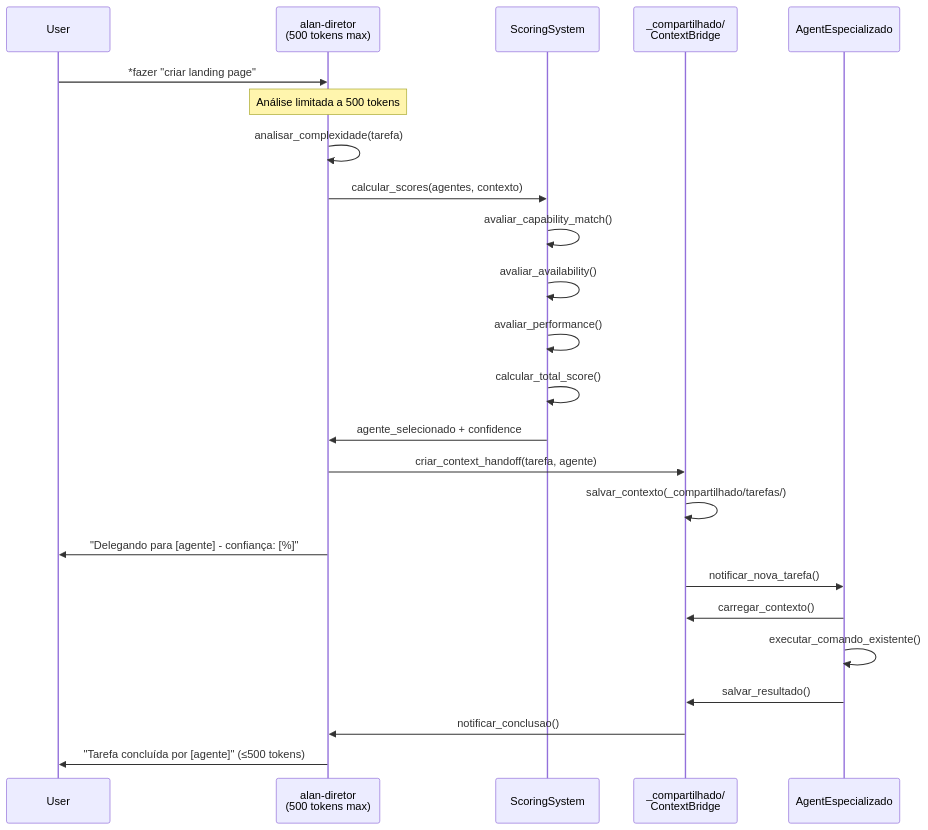
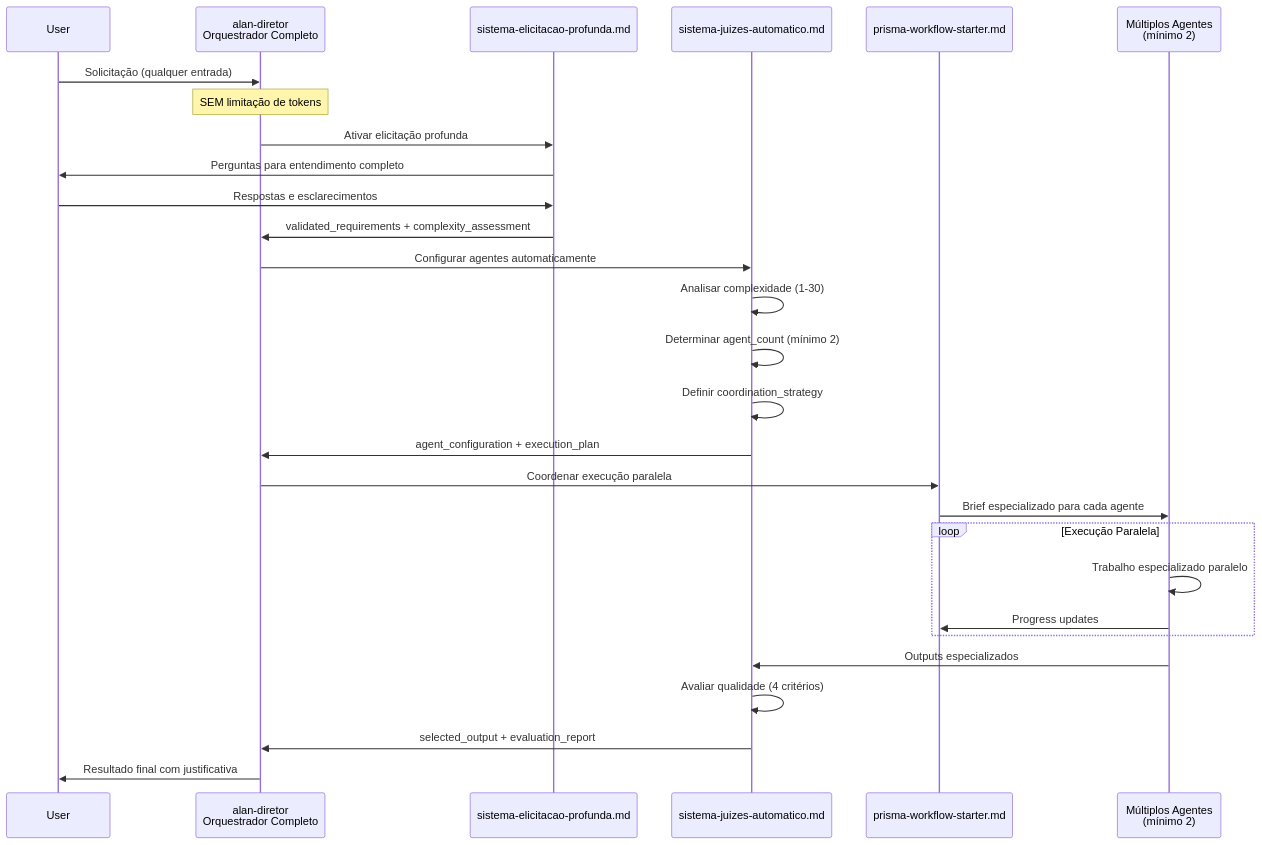
Before and after one commit to matheusmaiberg/prisma: the fourth of 6 diagrams in .claude/specs/universal-agent-framework/design.md, drawn with Mermaid. The commit also changed other lines of this file and 8 other files, not shown here.

````diff
--- a/.claude/specs/universal-agent-framework/design.md
+++ b/.claude/specs/universal-agent-framework/design.md
@@ -251,33 +252,37 @@
 ```mermaid
 sequenceDiagram
     participant User
-    participant Alan as alan-diretor<br/>(500 tokens max)
-    participant Scoring as ScoringSystem
-    participant Bridge as _compartilhado/<br/>ContextBridge
-    participant Agent as AgentEspecializado
+    participant Alan as alan-diretor<br/>Orquestrador Completo
+    participant Elicit as sistema-elicitacao-profunda.md
+    participant Judges as sistema-juizes-automatico.md
+    participant Workflow as prisma-workflow-starter.md
+    participant Agents as Múltiplos Agentes<br/>(mínimo 2)
 
-    User->>Alan: *fazer "criar landing page"
+    User->>Alan: Solicitação (qualquer entrada)
 
-    Note over Alan: Análise limitada a 500 tokens
-    Alan->>Alan: analisar_complexidade(tarefa)
-    Alan->>Scoring: calcular_scores(agentes, contexto)
+    Note over Alan: SEM limitação de tokens
+    Alan->>Elicit: Ativar elicitação profunda
+    Elicit->>User: Perguntas para entendimento completo
+    User->>Elicit: Respostas e esclarecimentos
+    Elicit->>Alan: validated_requirements + complexity_assessment
 
-    Scoring->>Scoring: avaliar_capability_match()
-    Scoring->>Scoring: avaliar_availability()
-    Scoring->>Scoring: avaliar_performance()
-    Scoring->>Scoring: calcular_total_score()
-    Scoring->>Alan: agente_selecionado + confidence
+    Alan->>Judges: Configurar agentes automaticamente
+    Judges->>Judges: Analisar complexidade (1-30)
+    Judges->>Judges: Determinar agent_count (mínimo 2)
+    Judges->>Judges: Definir coordination_strategy
+    Judges->>Alan: agent_configuration + execution_plan
 
-    Alan->>Bridge: criar_context_handoff(tarefa, agente)
-    Bridge->>Bridge: salvar_contexto(_compartilhado/tarefas/)
+    Alan->>Workflow: Coordenar execução paralela
+    Workflow->>Agents: Brief especializado para cada agente
 
-    Alan->>User: "Delegando para [agente] - confiança: [%]"
+    loop Execução Paralela
+        Agents->>Agents: Trabalho especializado paralelo
+        Agents->>Workflow: Progress updates
+    end
 
-    Bridge->>Agent: notificar_nova_tarefa()
-    Agent->>Bridge: carregar_contexto()
-    Agent->>Agent: executar_comando_existente()
-    Agent->>Bridge: salvar_resultado()
+    Agents->>Judges: Outputs especializados
+    Judges->>Judges: Avaliar qualidade (4 critérios)
+    Judges->>Alan: selected_output + evaluation_report
 
-    Bridge->>Alan: notificar_conclusao()
-    Alan->>User: "Tarefa concluída por [agente]" (≤500 tokens)
+    Alan->>User: Resultado final com justificativa
 ```
````
